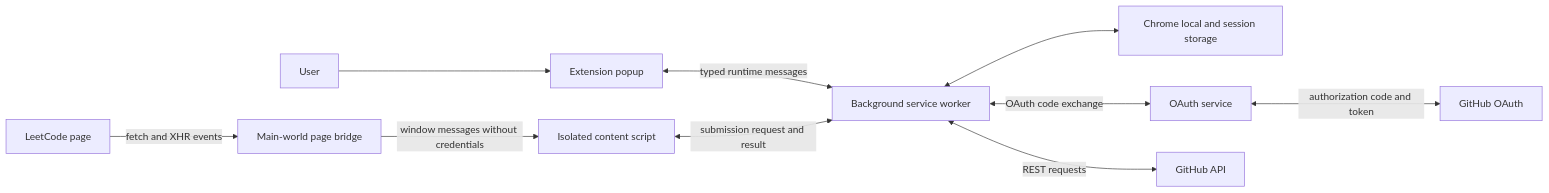
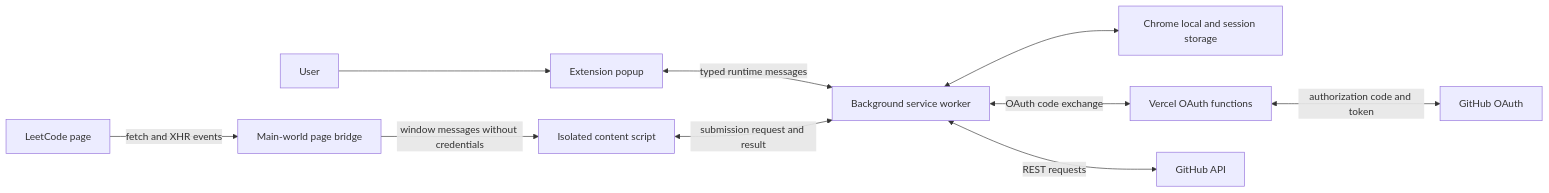
The first of 3 diagrams in docs/ARCHITECTURE.md (yoman12357/LeetSync_Assignment), drawn with Mermaid before and after one commit. The commit also changed other lines of this file and 13 other files, not shown here.

Commit message:
Prepare OAuth service for deployment

````diff
--- a/docs/ARCHITECTURE.md
+++ b/docs/ARCHITECTURE.md
@@ -5,12 +5,12 @@
 ```mermaid
 flowchart LR
     U[User] --> P[Extension popup]
     P <-->|typed runtime messages| W[Background service worker]
     L[LeetCode page] -->|fetch and XHR events| B[Main-world page bridge]
     B -->|window messages without credentials| C[Isolated content script]
     C <-->|submission request and result| W
     W <--> S[Chrome local and session storage]
-    W <-->|OAuth code exchange| O[OAuth service]
+    W <-->|OAuth code exchange| O[Vercel OAuth functions]
     O <-->|authorization code and token| A[GitHub OAuth]
     W <-->|REST requests| G[GitHub API]
 ```
````
